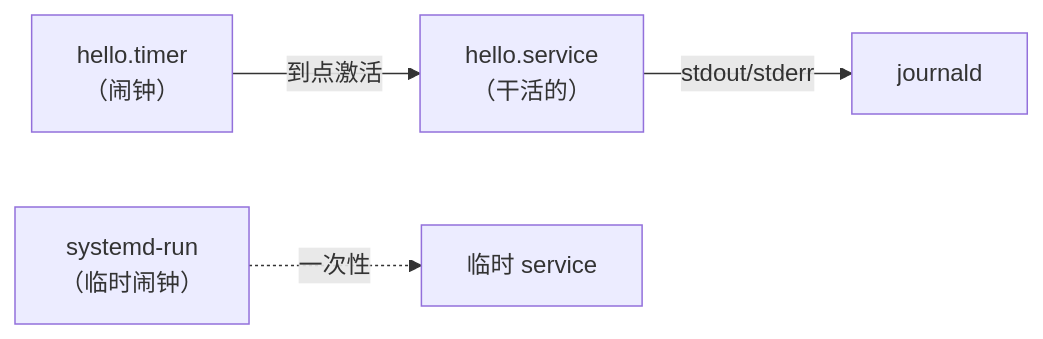
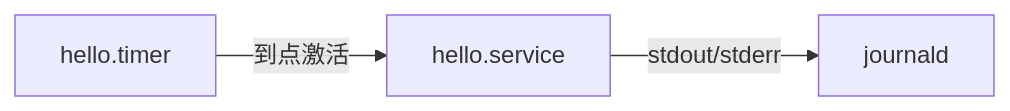
One commit to laq12345/Obsidian changed the diagram in linux/systemd日常使用教程.md. Above: the diagram before and after it, drawn with Mermaid. The commit also changed other lines of this file and 19 other files, not shown here.

````diff
--- a/linux/systemd日常使用教程.md
+++ b/linux/systemd日常使用教程.md
@@ -466,6 +936,5 @@
 ```mermaid
 graph LR
-  T["hello.timer<br/>（闹钟）"] -->|到点激活| S["hello.service<br/>（干活的）"]
+  T["hello.timer"] -->|到点激活| S["hello.service"]
   S -->|stdout/stderr| J["journald"]
-  U["systemd-run<br/>（临时闹钟）"] -.->|一次性| S2["临时 service"]
 ```
````
